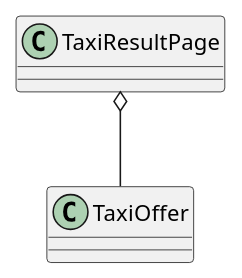
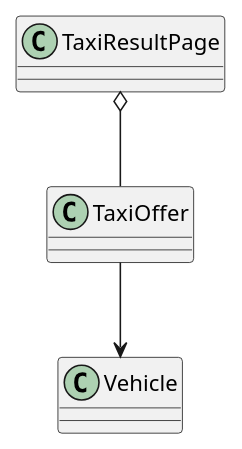
The diagram in Travel Booking App Web & Mobile/uc/uc-10-view-taxi-results.md (BKien/figma_spec), drawn with PlantUML before and after one commit. The commit also changed other lines of this file and 96 other files, not shown here.

````diff
--- a/Travel Booking App Web & Mobile/uc/uc-10-view-taxi-results.md
+++ b/Travel Booking App Web & Mobile/uc/uc-10-view-taxi-results.md
@@ -61,7 +61,9 @@
 ```plantuml
 @startuml
 class TaxiResultPage
 class TaxiOffer
+class Vehicle
 TaxiResultPage o-- TaxiOffer
+TaxiOffer --> Vehicle
 @enduml
 ```
````
